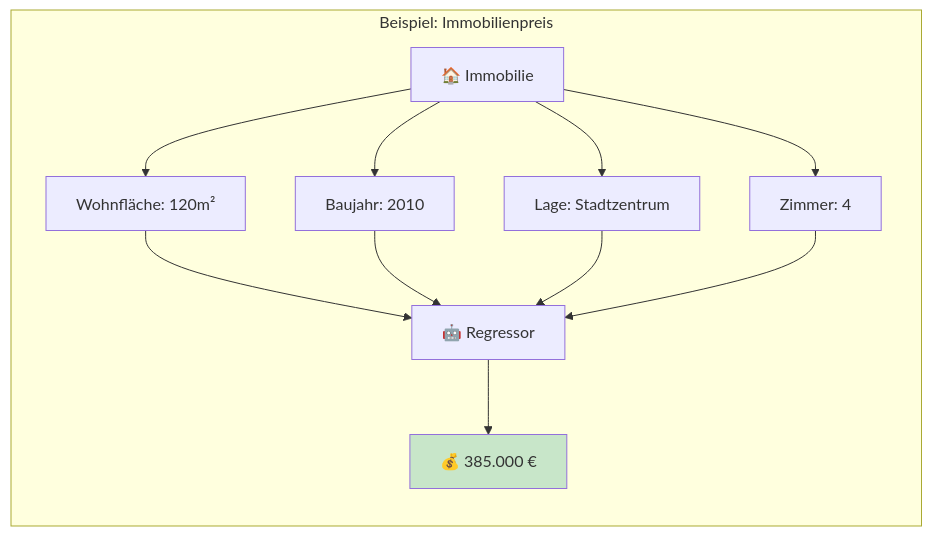
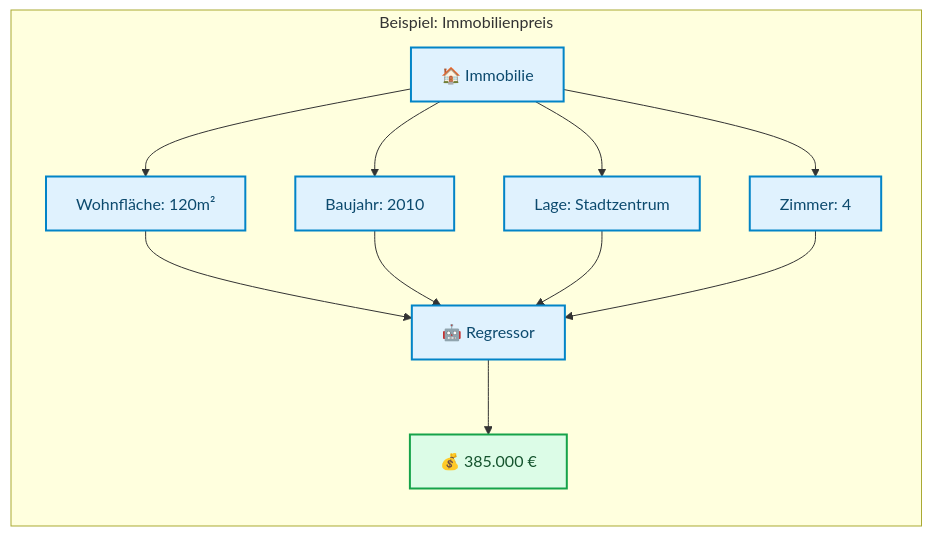
Before and after one commit to ralf-42/ML_Intro: the eighth of 14 diagrams in docs/concepts/grundlagen/machine_learning_grundlagen.md, drawn with Mermaid. The commit also changed other lines of this file and 67 other files, not shown here.

````diff
--- a/docs/concepts/grundlagen/machine_learning_grundlagen.md
+++ b/docs/concepts/grundlagen/machine_learning_grundlagen.md
@@ -310,24 +316,26 @@
 ```mermaid
 flowchart LR
     subgraph beispiel["Beispiel: Immobilienpreis"]
         HOUSE["🏠 Immobilie"]
         F1["Wohnfläche: 120m²"]
         F2["Baujahr: 2010"]
         F3["Lage: Stadtzentrum"]
         F4["Zimmer: 4"]
         MODEL["🤖 Regressor"]
         
         HOUSE --> F1
         HOUSE --> F2
         HOUSE --> F3
         HOUSE --> F4
         F1 --> MODEL
         F2 --> MODEL
         F3 --> MODEL
         F4 --> MODEL
         
         MODEL --> PRICE["💰 385.000 €"]
     end
-    
-    style PRICE fill:#c8e6c9
+
+    classDef default fill:#e0f2fe,stroke:#0284c7,stroke-width:2px,color:#0c4a6e;
+    classDef output fill:#dcfce7,stroke:#16a34a,stroke-width:2px,color:#14532d;
+    class PRICE output;
 ```
````
